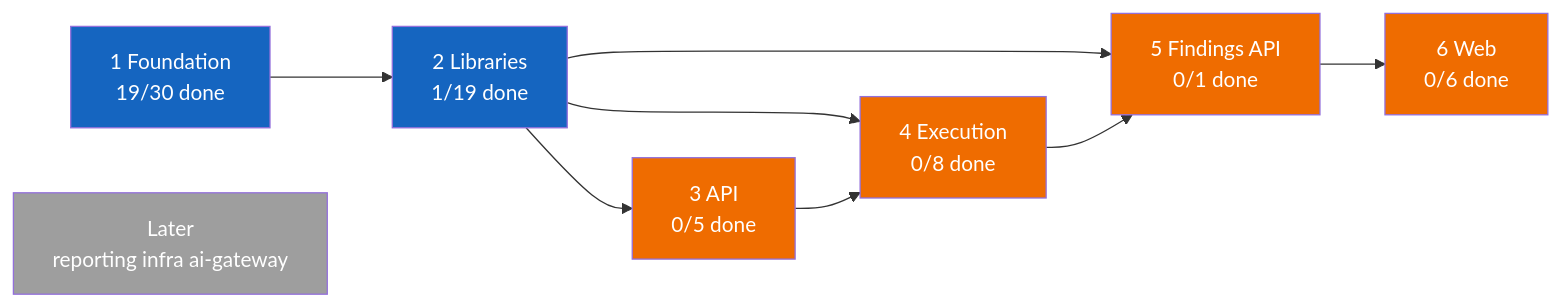
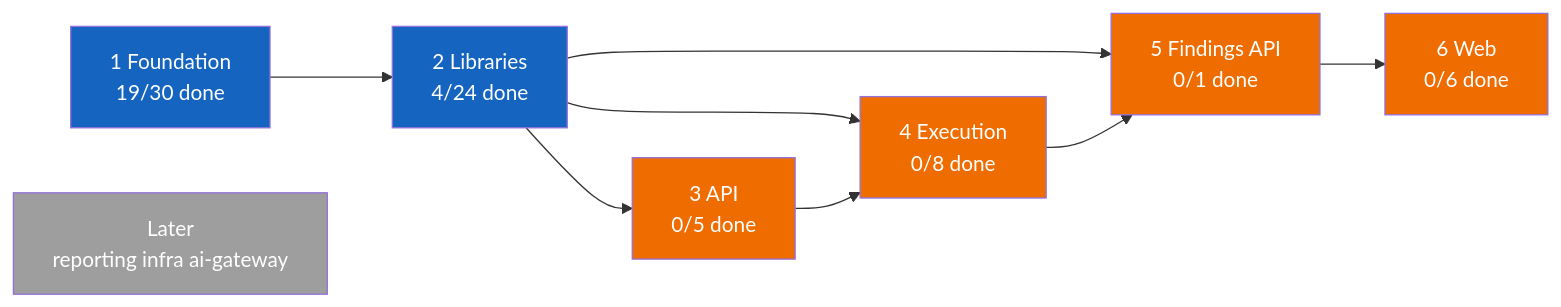
Before and after one commit to vulcanflow/docs: the first of 2 diagrams in PROGRESS.md, drawn with Mermaid. The commit also changed other lines of this file and 1 other file, not shown here.

````diff
--- a/PROGRESS.md
+++ b/PROGRESS.md
@@ -24,31 +24,31 @@
 ```mermaid
 flowchart LR
   P1["1 Foundation<br/>19/30 done"]
-  P2["2 Libraries<br/>1/19 done"]
+  P2["2 Libraries<br/>4/24 done"]
   P3["3 API<br/>0/5 done"]
   P4["4 Execution<br/>0/8 done"]
   P5["5 Findings API<br/>0/1 done"]
   P6["6 Web<br/>0/6 done"]
   L["Later<br/>reporting infra ai-gateway"]
 
   P1 --> P2
   P2 --> P3
   P2 --> P4
   P3 --> P4
   P2 --> P5
   P4 --> P5
   P5 --> P6
 
   classDef done fill:#2e7d32,color:#fff
   classDef active fill:#1565c0,color:#fff
   classDef held fill:#9e9e9e,color:#fff
   classDef blocked fill:#ef6c00,color:#fff
 
   class P1 active
   class P2 active
   class P3 blocked
   class P4 blocked
   class P5 blocked
   class P6 blocked
   class L held
 ```
````
